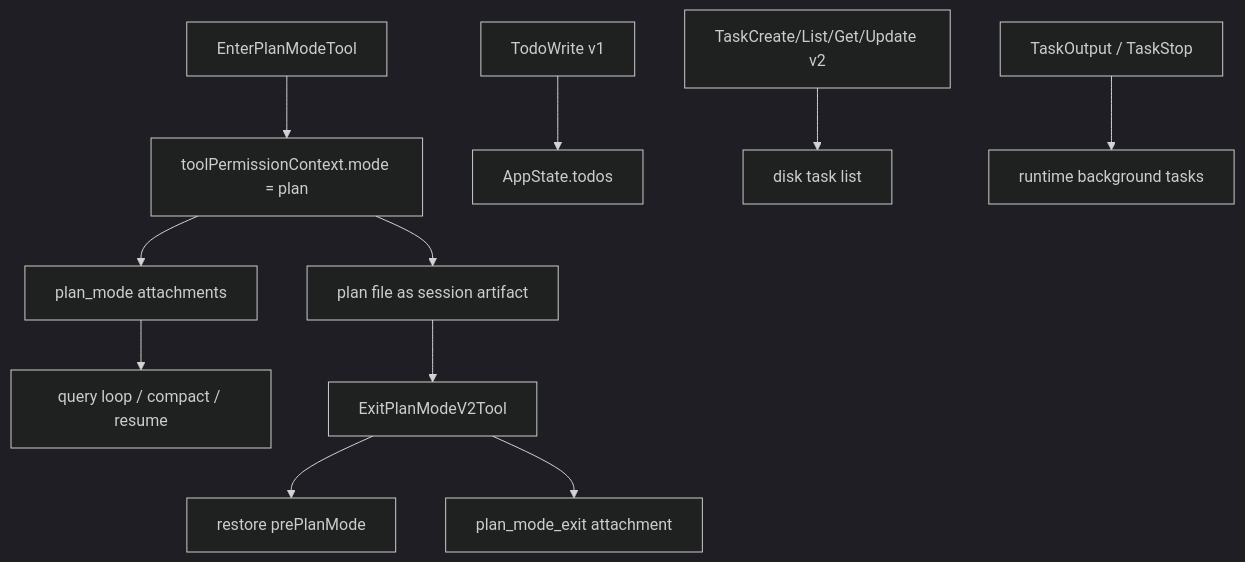
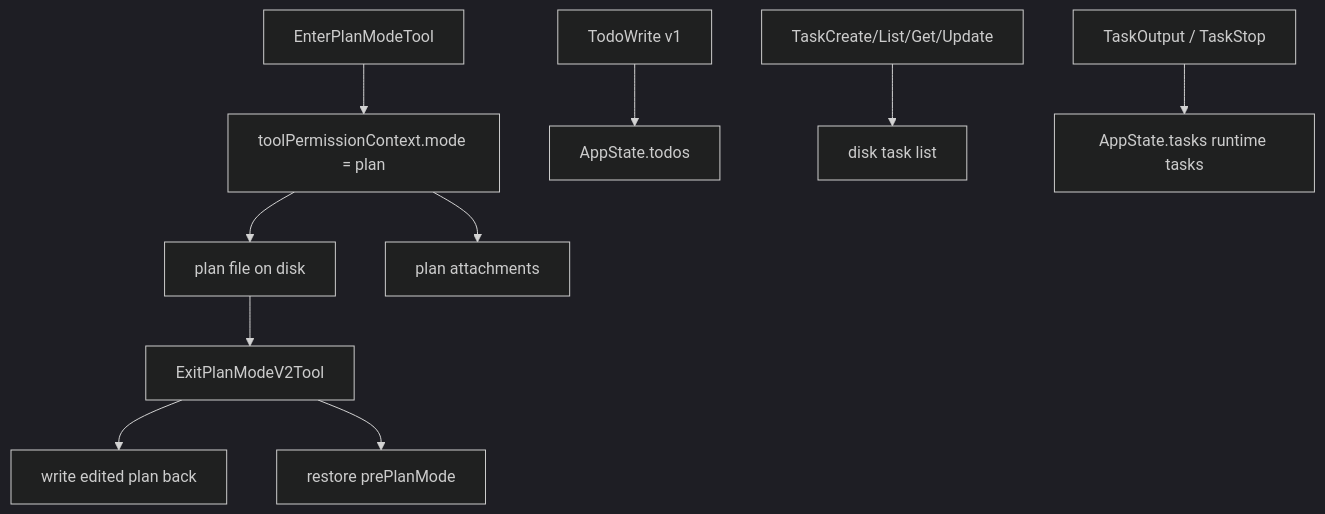
One commit to Boulea7/ClaudeCode-Source-DeepDive changed the second of 2 diagrams in MODULES/02-planning-compaction-and-assistant/DEEP/README.md. Above: the diagram before and after it, drawn with Mermaid (dark theme). The commit also changed other lines of this file and 5 other files, not shown here.

````diff
--- a/MODULES/02-planning-compaction-and-assistant/DEEP/README.md
+++ b/MODULES/02-planning-compaction-and-assistant/DEEP/README.md
@@ -241,14 +274,13 @@
 ```mermaid
 flowchart TD
     A[EnterPlanModeTool] --> B[toolPermissionContext.mode = plan]
-    B --> C[plan file as session artifact]
-    B --> D[plan_mode attachments]
-    D --> E[query loop / compact / resume]
-    C --> F[ExitPlanModeV2Tool]
-    F --> G[restore prePlanMode]
-    F --> H[plan_mode_exit attachment]
+    B --> C[plan file on disk]
+    B --> D[plan attachments]
+    C --> E[ExitPlanModeV2Tool]
+    E --> F[write edited plan back]
+    E --> G[restore prePlanMode]
 
-    I[TodoWrite v1] --> J[AppState.todos]
-    K[TaskCreate/List/Get/Update v2] --> L[disk task list]
-    M[TaskOutput / TaskStop] --> N[runtime background tasks]
+    H[TodoWrite v1] --> I[AppState.todos]
+    J[TaskCreate/List/Get/Update] --> K[disk task list]
+    L[TaskOutput / TaskStop] --> M[AppState.tasks runtime tasks]
 ```
````
